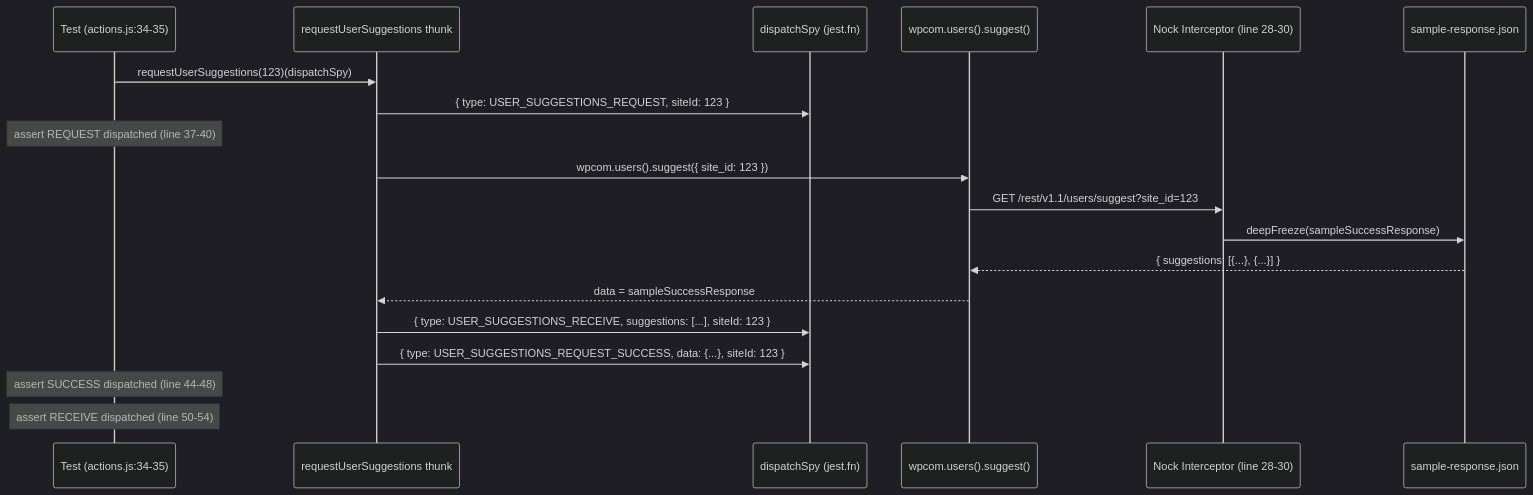
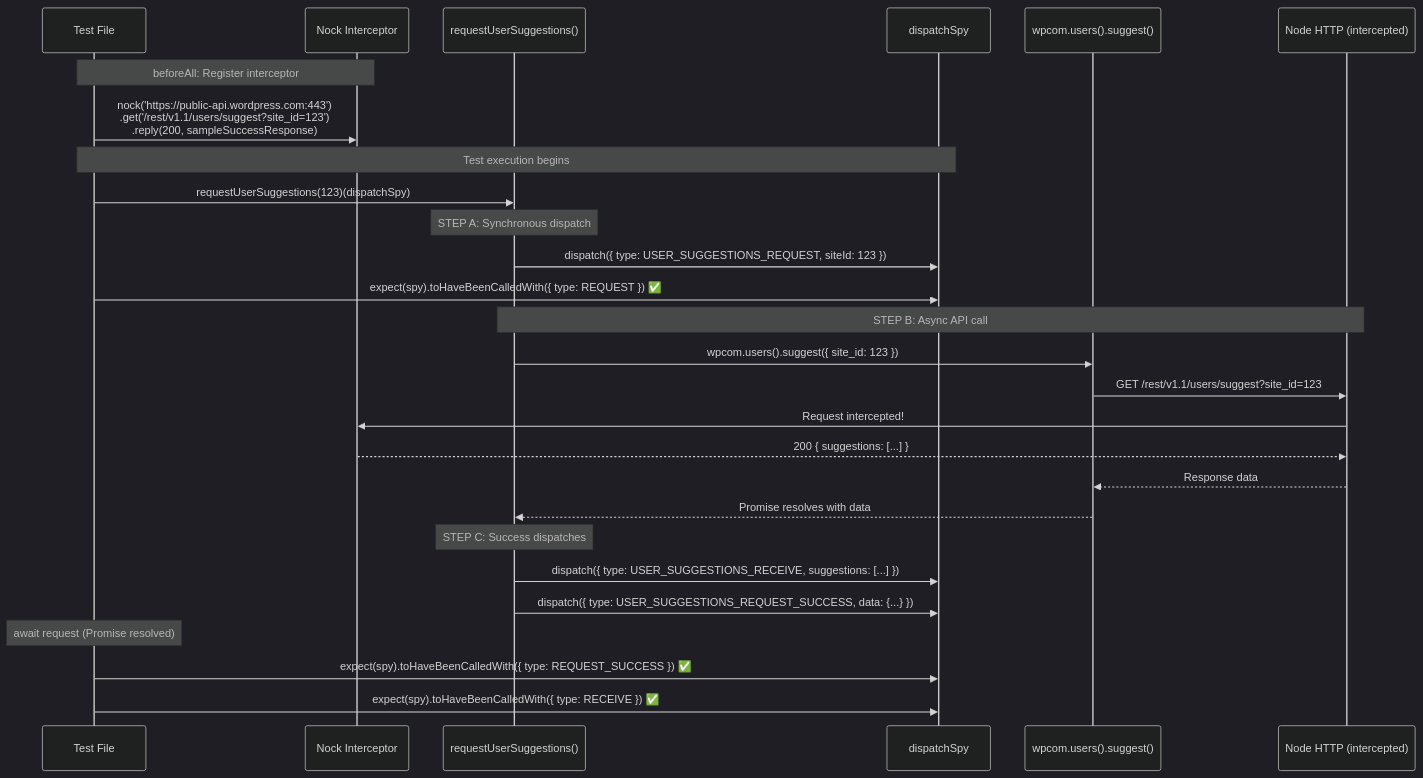
The first of 2 diagrams in blitzy/documentation/wp-calypso_be7e5cc64162.md (blitzy-research/wp-calypso), drawn with Mermaid (dark theme) before and after one commit. The commit also changed other lines of this file, not shown here.

````diff
--- a/blitzy/documentation/wp-calypso_be7e5cc64162.md
+++ b/blitzy/documentation/wp-calypso_be7e5cc64162.md
@@ -846,22 +673,35 @@
 ```mermaid
 sequenceDiagram
-    participant Test as Test (actions.js:34-35)
-    participant Thunk as requestUserSuggestions thunk
-    participant Dispatch as dispatchSpy (jest.fn)
+    participant Test as Test File
+    participant Nock as Nock Interceptor
+    participant Thunk as requestUserSuggestions()
+    participant Spy as dispatchSpy
     participant WPCOM as wpcom.users().suggest()
-    participant Nock as Nock Interceptor (line 28-30)
-    participant Fixture as sample-response.json
+    participant HTTP as Node HTTP (intercepted)
 
+    Note over Test,Nock: beforeAll: Register interceptor
+    Test->>Nock: nock('https://public-api.wordpress.com:443')<br/>.get('/rest/v1.1/users/suggest?site_id=123')<br/>.reply(200, sampleSuccessResponse)
+
+    Note over Test,Spy: Test execution begins
     Test->>Thunk: requestUserSuggestions(123)(dispatchSpy)
-    Thunk->>Dispatch: { type: USER_SUGGESTIONS_REQUEST, siteId: 123 }
-    Note over Test: assert REQUEST dispatched (line 37-40)
+
+    Note over Thunk: STEP A: Synchronous dispatch
+    Thunk->>Spy: dispatch({ type: USER_SUGGESTIONS_REQUEST, siteId: 123 })
+    Test->>Spy: expect(spy).toHaveBeenCalledWith({ type: REQUEST })  ✅
+
+    Note over Thunk,HTTP: STEP B: Async API call
     Thunk->>WPCOM: wpcom.users().suggest({ site_id: 123 })
-    WPCOM->>Nock: GET /rest/v1.1/users/suggest?site_id=123
-    Nock->>Fixture: deepFreeze(sampleSuccessResponse)
-    Fixture-->>WPCOM: { suggestions: [{...}, {...}] }
-    WPCOM-->>Thunk: data = sampleSuccessResponse
-    Thunk->>Dispatch: { type: USER_SUGGESTIONS_RECEIVE, suggestions: [...], siteId: 123 }
-    Thunk->>Dispatch: { type: USER_SUGGESTIONS_REQUEST_SUCCESS, data: {...}, siteId: 123 }
-    Note over Test: assert SUCCESS dispatched (line 44-48)
-    Note over Test: assert RECEIVE dispatched (line 50-54)
+    WPCOM->>HTTP: GET /rest/v1.1/users/suggest?site_id=123
+    HTTP->>Nock: Request intercepted!
+    Nock-->>HTTP: 200 { suggestions: [...] }
+    HTTP-->>WPCOM: Response data
+    WPCOM-->>Thunk: Promise resolves with data
+
+    Note over Thunk: STEP C: Success dispatches
+    Thunk->>Spy: dispatch({ type: USER_SUGGESTIONS_RECEIVE, suggestions: [...] })
+    Thunk->>Spy: dispatch({ type: USER_SUGGESTIONS_REQUEST_SUCCESS, data: {...} })
+
+    Note over Test: await request (Promise resolved)
+    Test->>Spy: expect(spy).toHaveBeenCalledWith({ type: REQUEST_SUCCESS }) ✅
+    Test->>Spy: expect(spy).toHaveBeenCalledWith({ type: RECEIVE }) ✅
 ```
````
